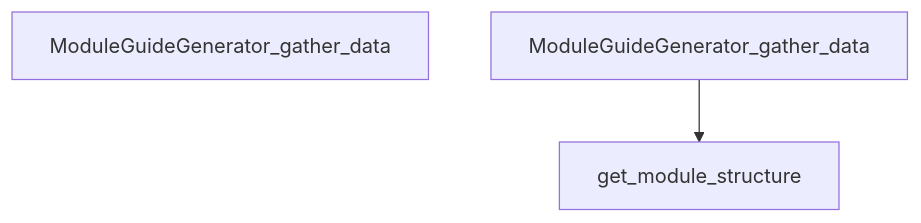
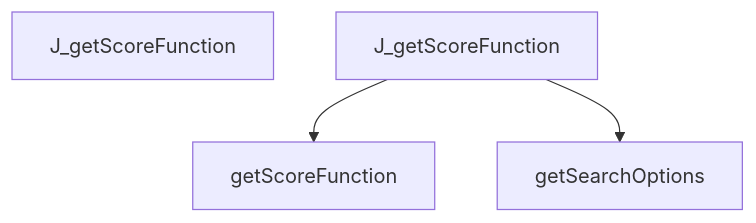
Before and after one commit to hazalkoom/DECODEx01: diagram 19 of 26 in docs/DATA_FLOW.md, drawn with Mermaid. The commit also changed other lines of this file and 15 other files, not shown here.

Commit message:
feat: NLG phases 2-4 - API scanner, few-shot schema, and story generator

````diff
--- a/docs/DATA_FLOW.md
+++ b/docs/DATA_FLOW.md
@@ -613,9 +677,13 @@
 ```mermaid
 graph TD
-    Start[ModuleGuideGenerator_gather_data]
+    Start[J_getScoreFunction]
 
 
-    ModuleGuideGenerator_gather_data --> get_module_structure
+    J_getScoreFunction --> getScoreFunction
+
+
+
+    J_getScoreFunction --> getSearchOptions
 
 
 ```
````
